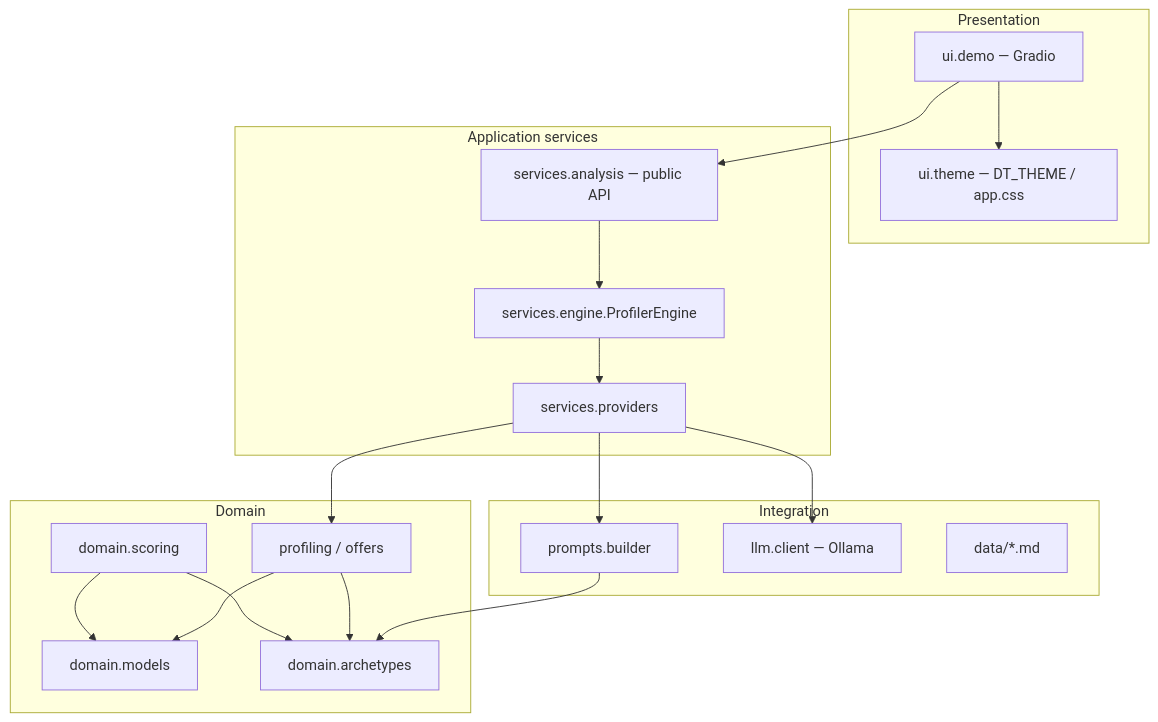
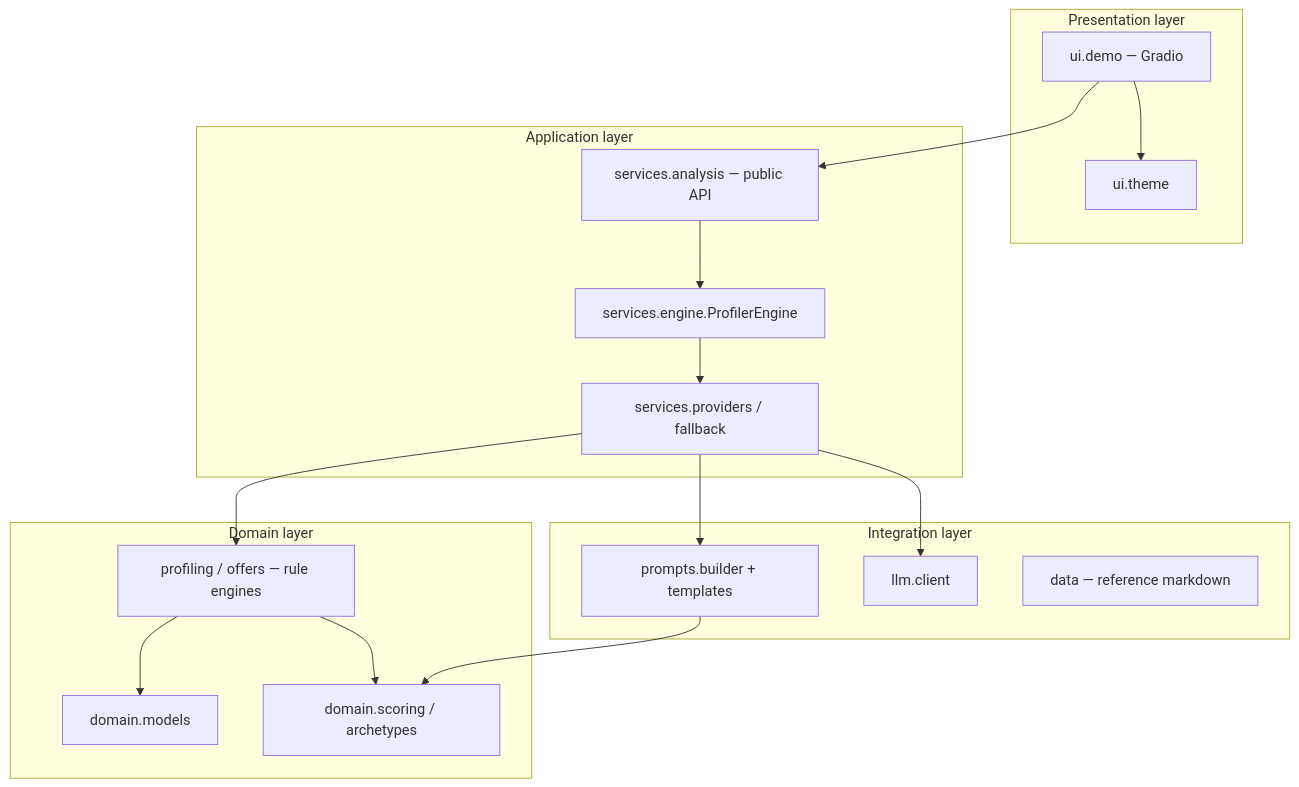
The first of 2 diagrams in docs/architecture.md (ehajnik/telekom-personal-plan-recommender), drawn with Mermaid before and after one commit. The commit also changed other lines of this file and 12 other files, not shown here.

````diff
--- a/docs/architecture.md
+++ b/docs/architecture.md
@@ -9,39 +30,36 @@
 ```mermaid
 flowchart TB
-  subgraph presentation [Presentation]
-    Demo[ui.demo — Gradio]
-    Theme[ui.theme — DT_THEME / app.css]
+  subgraph presentation [Presentation layer]
+    UI[ui.demo — Gradio]
+    Theme[ui.theme]
   end
 
-  subgraph application [Application services]
+  subgraph application [Application layer]
+    API[services.analysis — public API]
     Engine[services.engine.ProfilerEngine]
-    Providers[services.providers]
-    Analysis[services.analysis — public API]
+    Providers[services.providers / fallback]
   end
 
-  subgraph domain [Domain]
+  subgraph domain [Domain layer]
     Models[domain.models]
-    Archetypes[domain.archetypes]
-    Scoring[domain.scoring]
-    Rules[profiling / offers]
+    Scoring[domain.scoring / archetypes]
+    Rules[profiling / offers — rule engines]
   end
 
-  subgraph integration [Integration]
-    Prompts[prompts.builder]
-    LLM[llm.client — Ollama]
-    Data[data/*.md]
+  subgraph integration [Integration layer]
+    Prompts[prompts.builder + templates]
+    LLM[llm.client]
+    Data[data — reference markdown]
   end
 
-  Demo --> Analysis
-  Demo --> Theme
-  Analysis --> Engine
+  UI --> API
+  UI --> Theme
+  API --> Engine
   Engine --> Providers
   Providers --> Rules
   Providers --> LLM
   Providers --> Prompts
-  Prompts --> Archetypes
-  Rules --> Archetypes
+  Prompts --> Scoring
+  Rules --> Scoring
   Rules --> Models
-  Scoring --> Archetypes
-  Scoring --> Models
 ```
````
